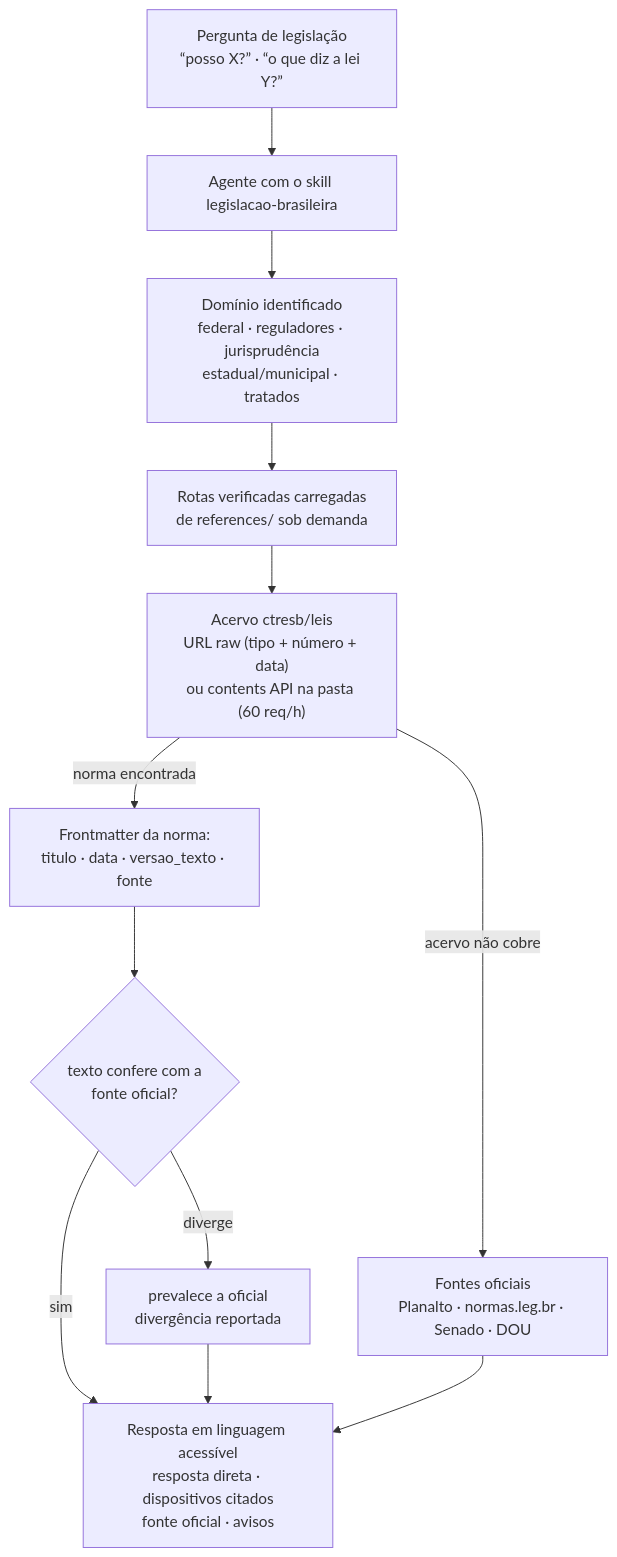
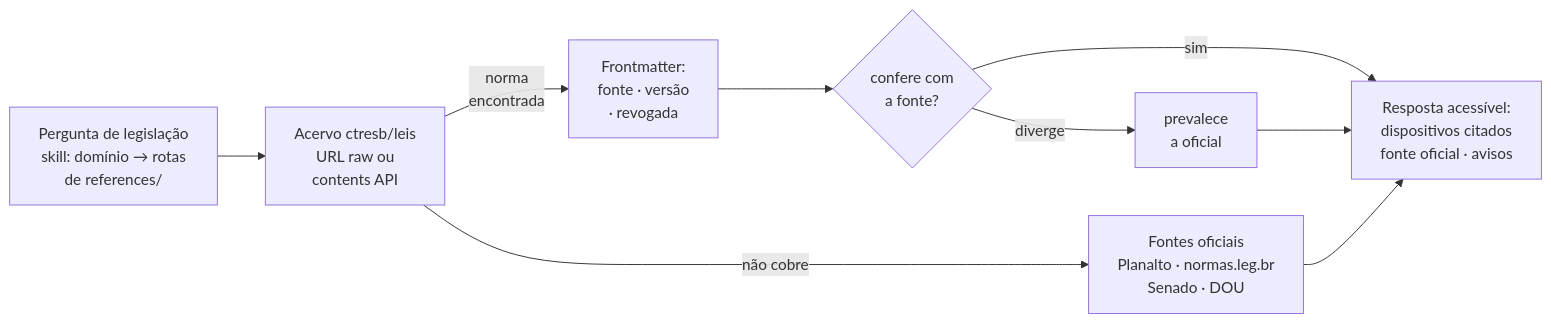
The diagram in README.md (brunomalveira/leis-explicadas), drawn with Mermaid before and after one commit.

Commit message:
Diagrama do workflow em flowchart LR compacto (proporção ~5:1, legível ao escalar)

````diff
--- a/README.md
+++ b/README.md
@@ -85,14 +85,11 @@
 ```mermaid
-flowchart TD
-    Q["Pergunta de legislação<br/>“posso X?” · “o que diz a lei Y?”"] --> S["Agente com o skill legislacao-brasileira"]
-    S --> D["Domínio identificado<br/>federal · reguladores · jurisprudência<br/>estadual/municipal · tratados"]
-    D --> R["Rotas verificadas carregadas<br/>de references/ sob demanda"]
-    R --> A["Acervo ctresb/leis<br/>URL raw (tipo + número + data)<br/>ou contents API na pasta (60 req/h)"]
-    A -- "norma encontrada" --> T["Frontmatter da norma:<br/>titulo · data · versao_texto · fonte"]
-    A -- "acervo não cobre" --> OFF["Fontes oficiais<br/>Planalto · normas.leg.br · Senado · DOU"]
-    T --> C{"texto confere com a<br/>fonte oficial?"}
-    C -- "sim" --> F["Resposta em linguagem acessível<br/>resposta direta · dispositivos citados<br/>fonte oficial · avisos"]
-    C -- "diverge" --> G["prevalece a oficial<br/>divergência reportada"]
+flowchart LR
+    S["Pergunta de legislação<br/>skill: domínio → rotas<br/>de references/"] --> A["Acervo ctresb/leis<br/>URL raw ou<br/>contents API"]
+    A -- "norma<br/>encontrada" --> T["Frontmatter:<br/>fonte · versão<br/>· revogada"]
+    A -- "não cobre" --> OFF["Fontes oficiais<br/>Planalto · normas.leg.br<br/>Senado · DOU"]
+    T --> C{"confere com<br/>a fonte?"}
+    C -- "sim" --> F["Resposta acessível:<br/>dispositivos citados<br/>fonte oficial · avisos"]
+    C -- "diverge" --> G["prevalece<br/>a oficial"]
     OFF --> F
     G --> F
 ```
````
